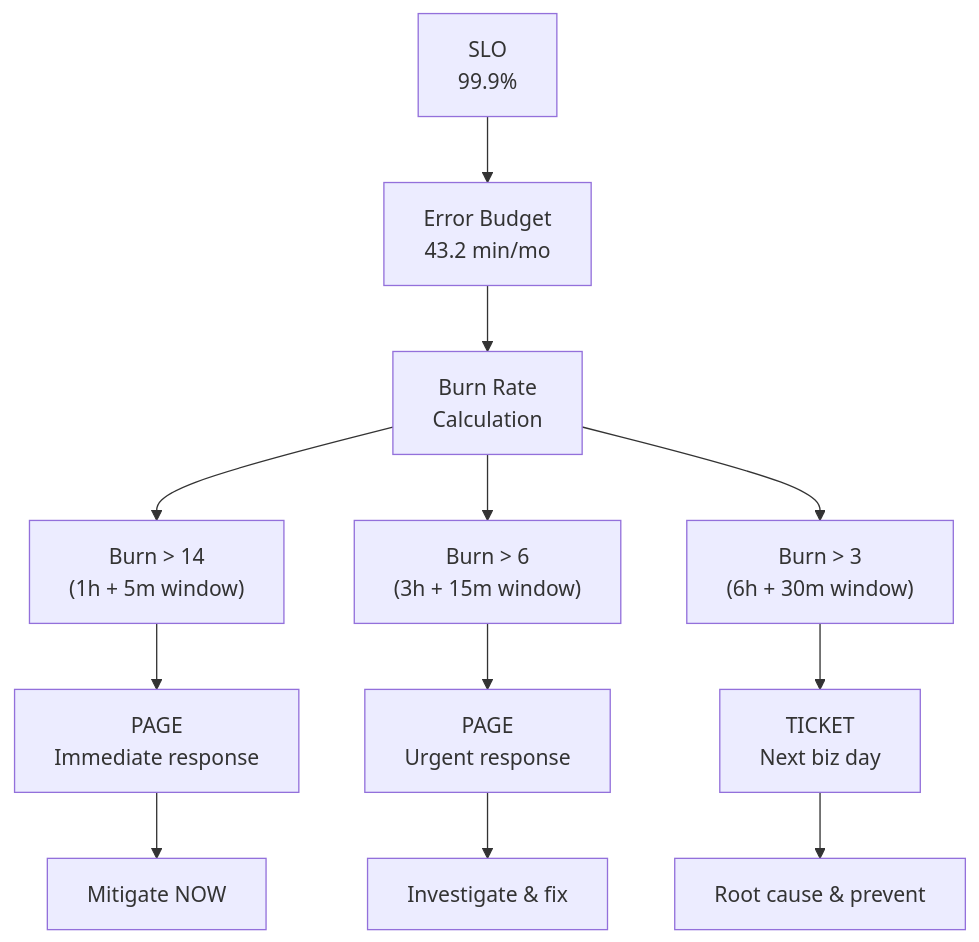
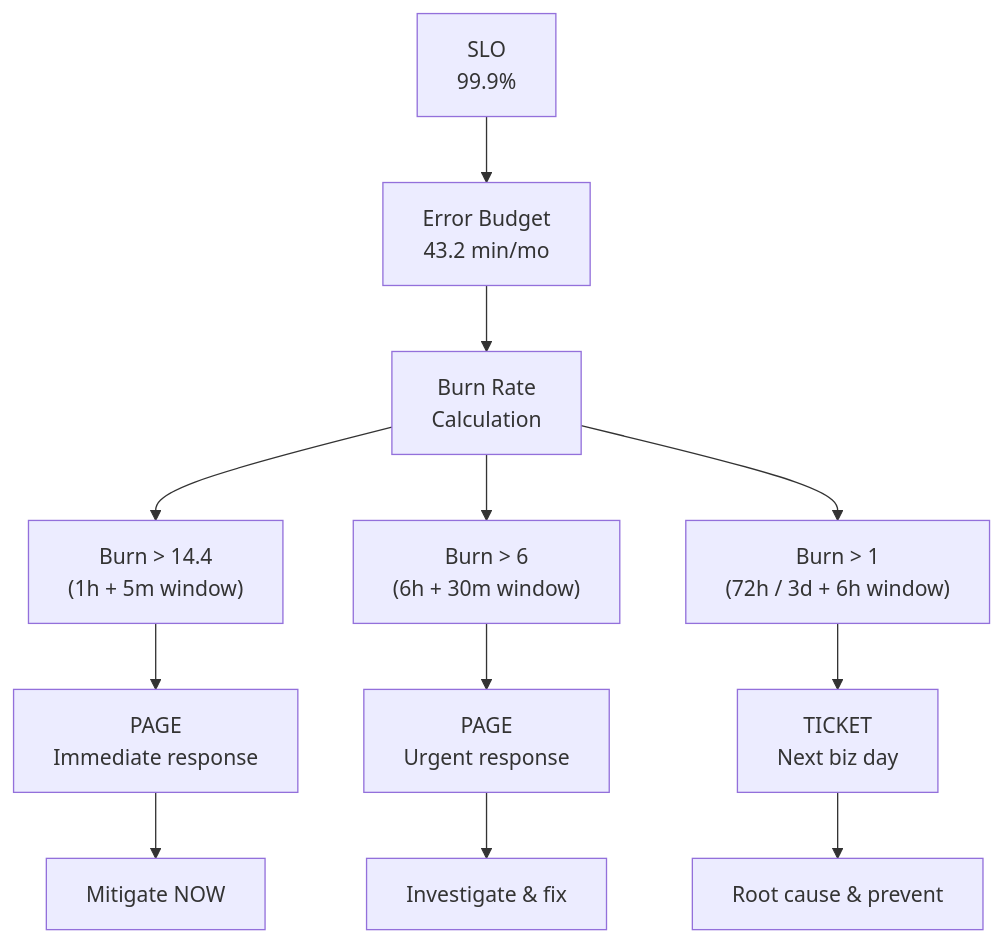
The fifth of 6 diagrams in src/content/docs/platform/foundations/reliability-engineering/module-2.5-slos-slis-error-budgets.md (kube-dojo/kube-dojo), drawn with Mermaid before and after one commit. The commit also changed other lines of this file and 4 other files, not shown here.

````diff
--- a/src/content/docs/platform/foundations/reliability-engineering/module-2.5-slos-slis-error-budgets.md
+++ b/src/content/docs/platform/foundations/reliability-engineering/module-2.5-slos-slis-error-budgets.md
@@ -407,17 +348,17 @@
 ```mermaid
 flowchart TD
     SLO["SLO\n99.9%"] --> EB["Error Budget\n43.2 min/mo"]
     EB --> Calc["Burn Rate\nCalculation"]
     
-    Calc --> Fast["Burn > 14\n(1h + 5m window)"]
-    Calc --> Med["Burn > 6\n(3h + 15m window)"]
-    Calc --> Slow["Burn > 3\n(6h + 30m window)"]
+    Calc --> Fast["Burn > 14.4\n(1h + 5m window)"]
+    Calc --> Med["Burn > 6\n(6h + 30m window)"]
+    Calc --> Slow["Burn > 1\n(72h / 3d + 6h window)"]
     
     Fast --> Page1["PAGE\nImmediate response"]
     Med --> Page2["PAGE\nUrgent response"]
     Slow --> Ticket["TICKET\nNext biz day"]
     
     Page1 --> Mitigate["Mitigate NOW"]
     Page2 --> Investigate["Investigate & fix"]
     Ticket --> RCA["Root cause & prevent"]
 ```
````
